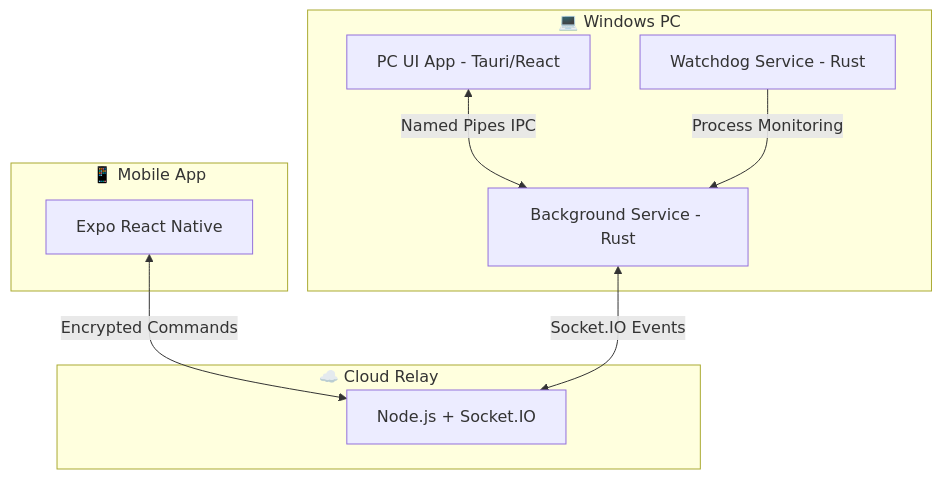
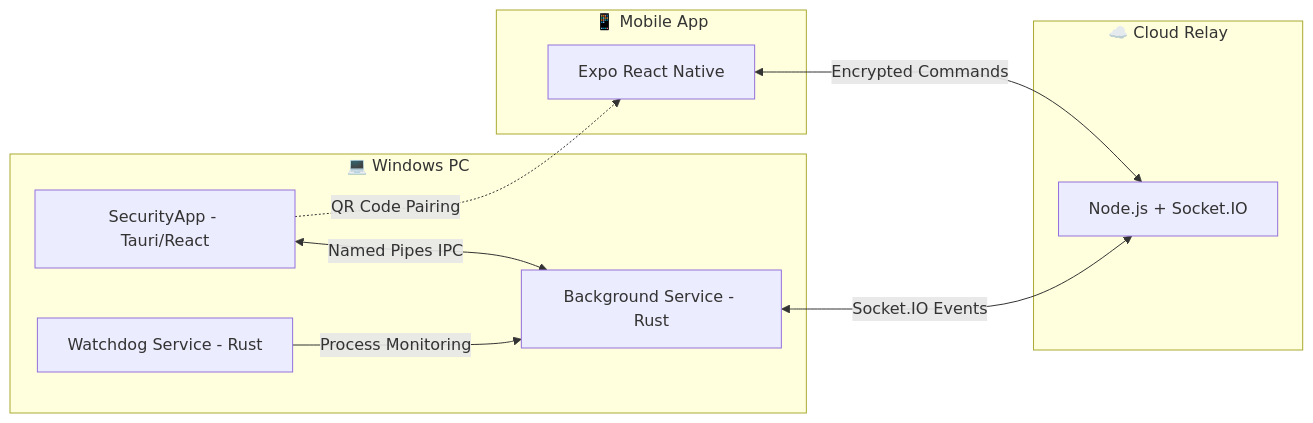
The diagram in README.md (psy-zney/Security), drawn with Mermaid before and after one commit. The commit also changed 2 other files, not shown here.

Commit message:
docs: Rename PC UI Admin to SecurityApp

````diff
--- a/README.md
+++ b/README.md
@@ -26,21 +26,22 @@
 ```mermaid
-graph TD
+graph LR
     subgraph Client [📱 Mobile App]
         Mobile[Expo React Native]
     end
 
     subgraph Server [☁️ Cloud Relay]
         Relay[Node.js + Socket.IO]
     end
 
     subgraph Desktop [💻 Windows PC]
-        UI[PC UI App - Tauri/React]
+        UI[SecurityApp - Tauri/React]
         Service[Background Service - Rust]
         Watchdog[Watchdog Service - Rust]
     end
 
     Mobile <-->|Encrypted Commands| Relay
     Service <-->|Socket.IO Events| Relay
     UI <-->|Named Pipes IPC| Service
     Watchdog -->|Process Monitoring| Service
+    UI -.->|QR Code Pairing| Mobile
 ```
````
